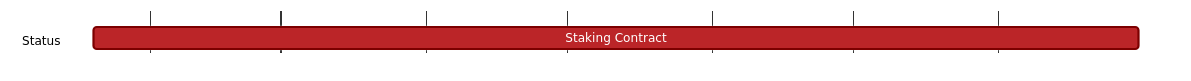
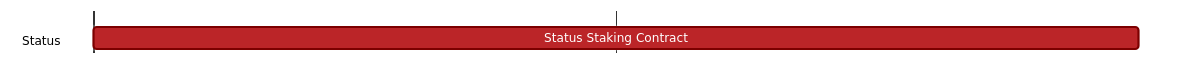
The diagram in content/vac/sc/g/status/staking-contract.md (logos-co/roadmap), drawn with Mermaid before and after one commit. The commit also changed other lines of this file and 6 other files, not shown here.

Commit message:
Vac roadmap SC update

````diff
--- a/content/vac/sc/g/status/staking-contract.md
+++ b/content/vac/sc/g/status/staking-contract.md
@@ -7,19 +6,20 @@
 ```mermaid
 %%{ 
   init: { 
     'theme': 'base', 
     'themeVariables': { 
       'primaryColor': '#BB2528', 
       'primaryTextColor': '#fff', 
       'primaryBorderColor': '#7C0000', 
       'lineColor': '#F8B229', 
       'secondaryColor': '#006100', 
       'tertiaryColor': '#fff' 
     } 
   } 
 }%%
 gantt
-	dateFormat YYYY-MM-DD 
-	section Status
-		Staking Contract :, 2023-01-20, 2023-08-31
+  tickInterval 1month
+  dateFormat YYYY-MM-DD 
+  section Status
+    Status Staking Contract: 2023-09-01, 2023-10-31
 ```
````
